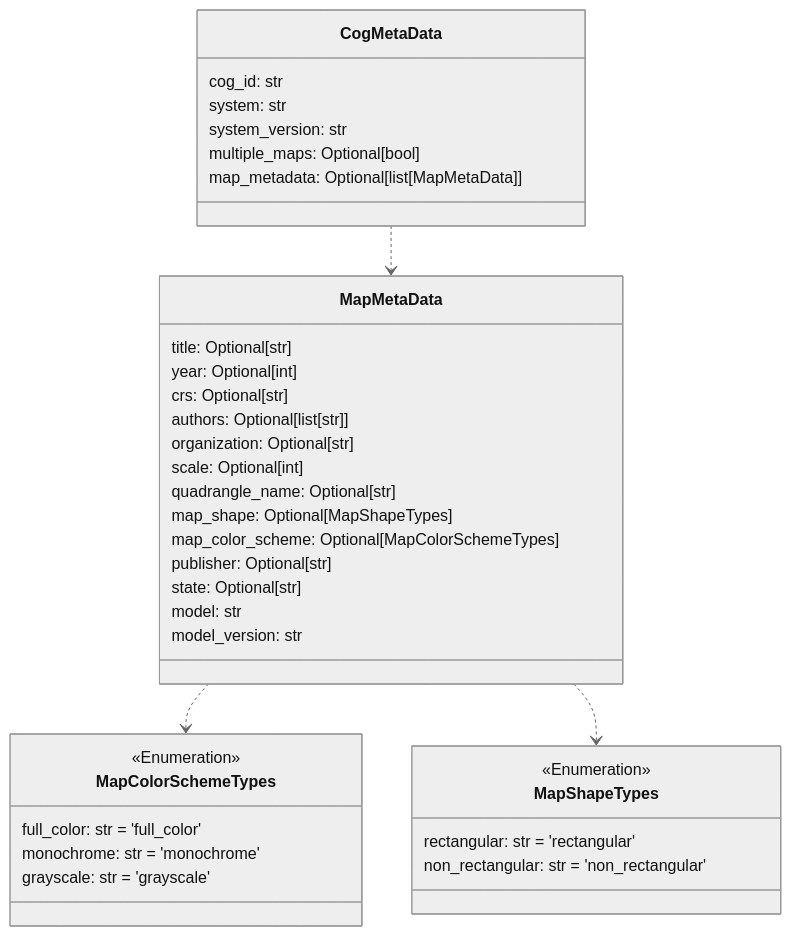
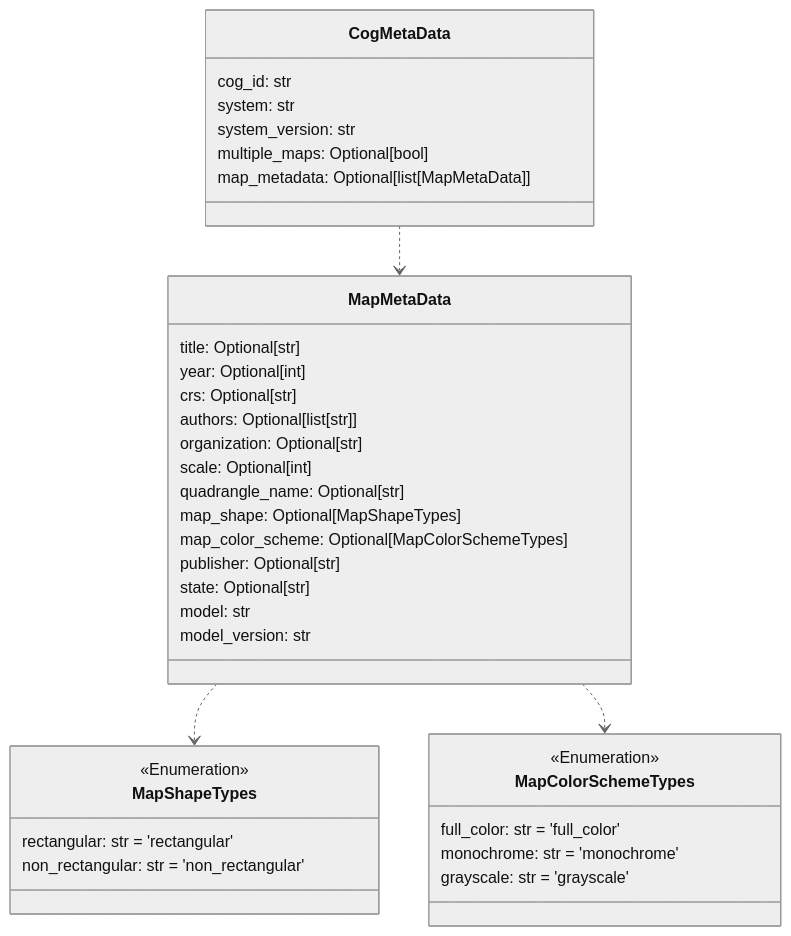
The second of 6 diagrams in README.md (DARPA-CRITICALMAAS/cdr_schemas), drawn with Mermaid (neutral theme) before and after one commit. The commit also changed other lines of this file and 4 other files, not shown here.

````diff
--- a/README.md
+++ b/README.md
@@ -134,46 +135,46 @@
 ```mermaid
 classDiagram
+
+    class CogMetaData {
+        cog_id: str
+        system: str
+        system_version: str
+        multiple_maps: Optional[bool]
+        map_metadata: Optional[list[MapMetaData]]
+    }
 
     class MapMetaData {
         title: Optional[str]
         year: Optional[int]
         crs: Optional[str]
         authors: Optional[list[str]]
         organization: Optional[str]
         scale: Optional[int]
         quadrangle_name: Optional[str]
         map_shape: Optional[MapShapeTypes]
         map_color_scheme: Optional[MapColorSchemeTypes]
         publisher: Optional[str]
         state: Optional[str]
         model: str
         model_version: str
     }
 
+    class MapShapeTypes {
+        <<Enumeration>>
+        rectangular: str = 'rectangular'
+        non_rectangular: str = 'non_rectangular'
+    }
+
     class MapColorSchemeTypes {
         <<Enumeration>>
         full_color: str = 'full_color'
         monochrome: str = 'monochrome'
         grayscale: str = 'grayscale'
     }
 
-    class MapShapeTypes {
-        <<Enumeration>>
-        rectangular: str = 'rectangular'
-        non_rectangular: str = 'non_rectangular'
-    }
-
-    class CogMetaData {
-        cog_id: str
-        system: str
-        system_version: str
-        multiple_maps: Optional[bool]
-        map_metadata: Optional[list[MapMetaData]]
-    }
-
+    MapMetaData ..> MapShapeTypes
     MapMetaData ..> MapColorSchemeTypes
-    MapMetaData ..> MapShapeTypes
     CogMetaData ..> MapMetaData
 
 
 ```
````
